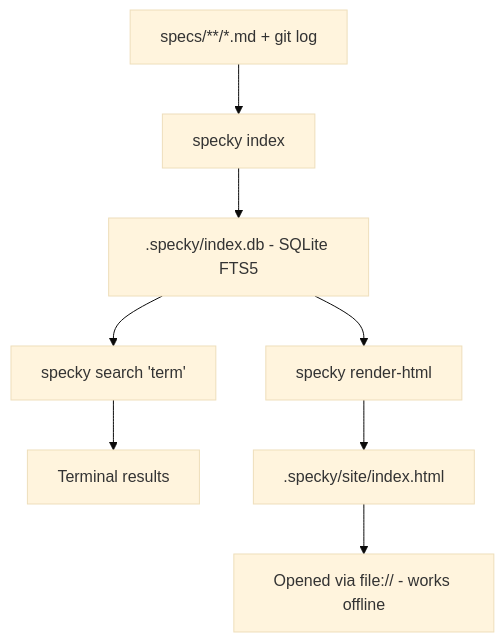
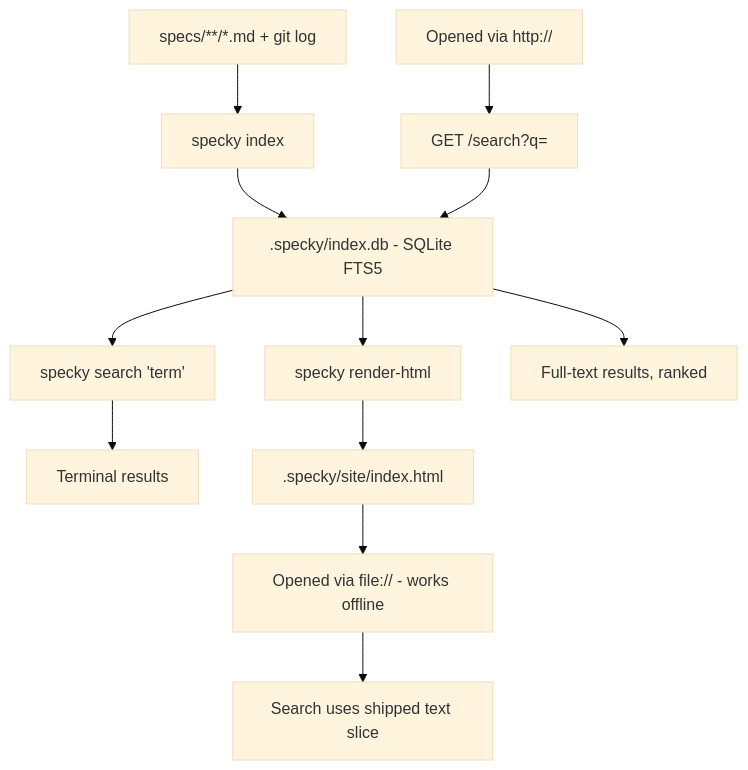
One commit to danyyacoub/specky changed the diagram in specs/docs/search-and-indexing.md. Above: the diagram before and after it, drawn with Mermaid (base theme). The commit also changed other lines of this file and 1 other file, not shown here.

````diff
--- a/specs/docs/search-and-indexing.md
+++ b/specs/docs/search-and-indexing.md
@@ -22,10 +22,14 @@
 ```mermaid
 flowchart TD
     A[specs/**/*.md + git log] --> B[specky index]
     B --> C[.specky/index.db - SQLite FTS5]
     C --> D[specky search 'term']
     C --> E[specky render-html]
     D --> F[Terminal results]
     E --> G[.specky/site/index.html]
     G --> H[Opened via file:// - works offline]
+    H --> I[Search uses shipped text slice]
+    J[Opened via http://] --> K[GET /search?q=]
+    K --> C
+    C --> L[Full-text results, ranked]
 ```
````
